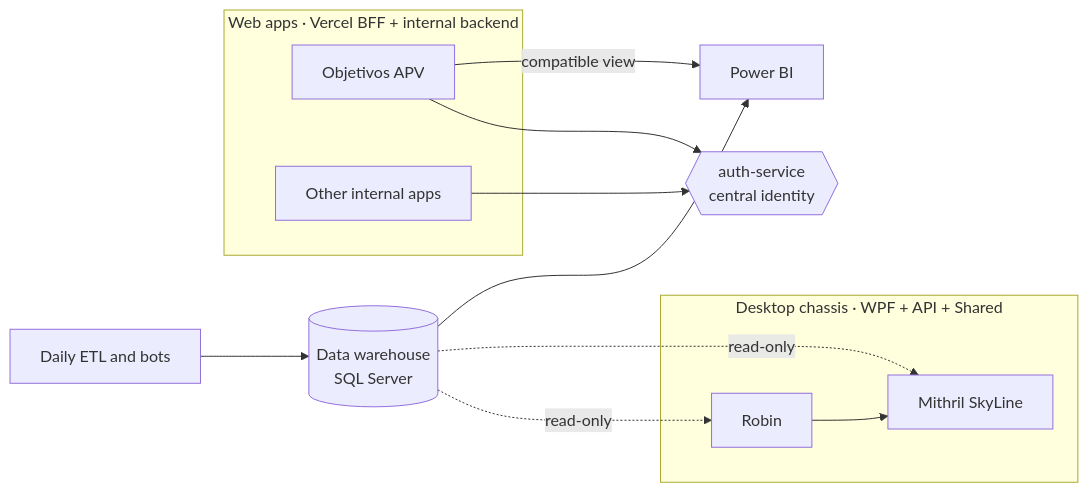
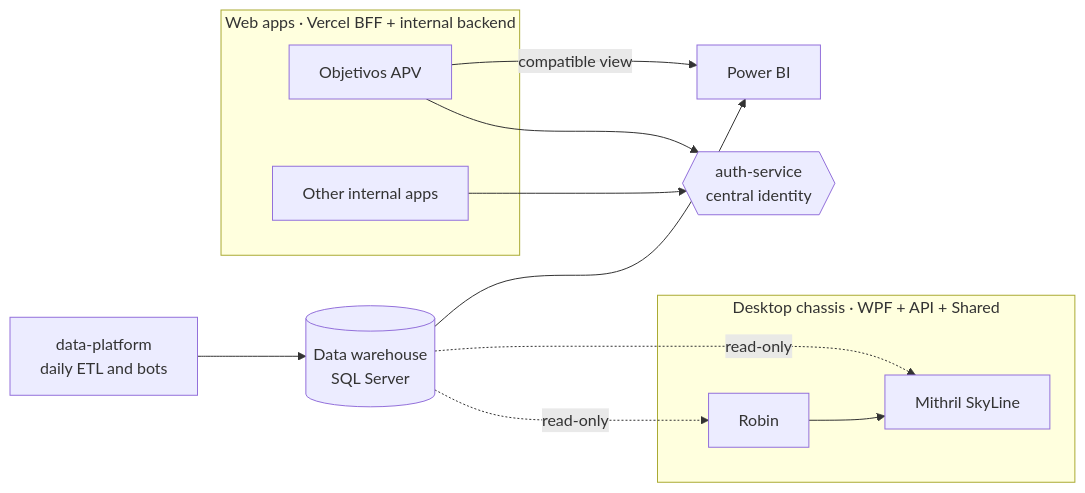
The diagram in README.md (tochtlani/tochtlani), drawn with Mermaid before and after one commit. The commit also changed other lines of this file and 1 other file, not shown here.

````diff
--- a/README.md
+++ b/README.md
@@ -75,19 +83,19 @@
 ```mermaid
 flowchart LR
     subgraph Desktop["Desktop chassis · WPF + API + Shared"]
         R[Robin] --> M[Mithril SkyLine]
     end
     subgraph Web["Web apps · Vercel BFF + internal backend"]
         O[Objetivos APV]
         X[Other internal apps]
     end
     A{{auth-service<br/>central identity}}
     O --> A
     X --> A
     DW[(Data warehouse<br/>SQL Server)]
-    ETL[Daily ETL and bots] --> DW
+    ETL[data-platform<br/>daily ETL and bots] --> DW
     DW -. read-only .-> R
     DW -. read-only .-> M
     O -->|compatible view| PBI[Power BI]
     DW --> PBI
 ```
````
